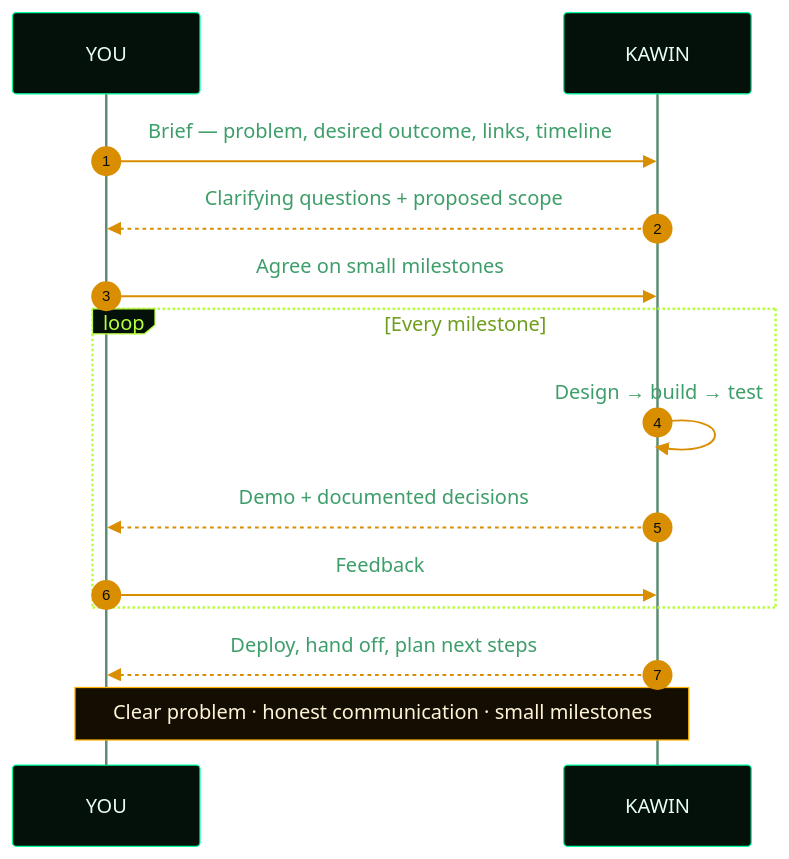
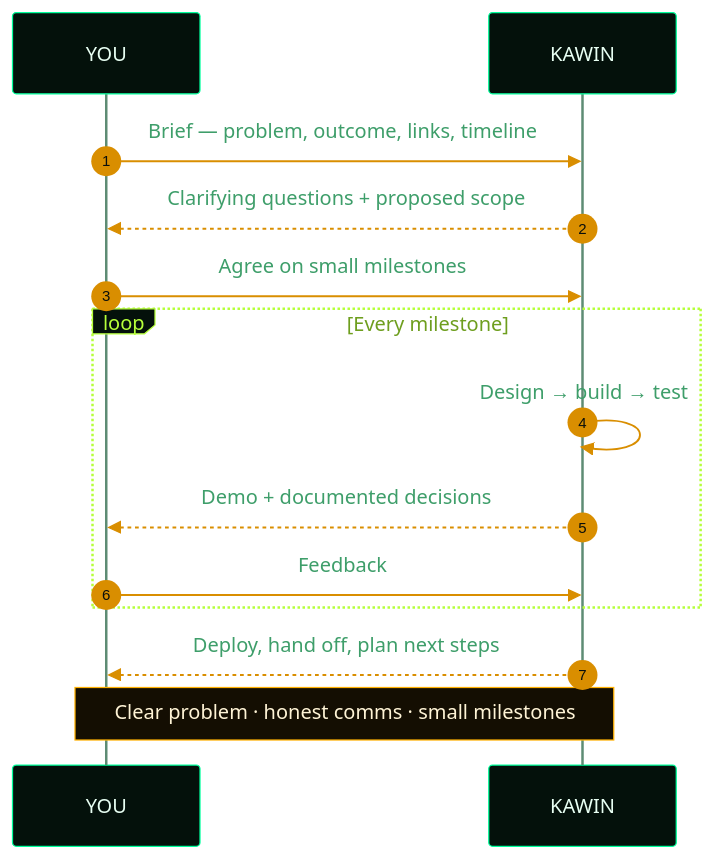
The third of 3 diagrams in README.md (kawincodes/kawincodes), drawn with Mermaid before and after one commit. The commit also changed other lines of this file, not shown here.

First line of the commit message:
Polish README: on-theme stack badges, clearer pipeline, no blue links

````diff
--- a/README.md
+++ b/README.md
@@ -516,17 +506,17 @@
 ```mermaid
-%%{init: {'theme':'base', 'themeVariables': {'fontFamily':'ui-monospace, SFMono-Regular, Menlo, Consolas, monospace', 'actorBkg':'#04110B', 'actorBorder':'#00FF9C', 'actorTextColor':'#E8FFF3', 'actorLineColor':'#5E8C74', 'signalColor':'#D98E00', 'signalTextColor':'#3E9E6A', 'labelBoxBkgColor':'#04110B', 'labelBoxBorderColor':'#B6FF3B', 'labelTextColor':'#B6FF3B', 'loopTextColor':'#6E9E1E', 'noteBkgColor':'#140E02', 'noteBorderColor':'#FFB000', 'noteTextColor':'#FFF4D6', 'activationBkgColor':'#0B1404', 'activationBorderColor':'#B6FF3B', 'sequenceNumberColor':'#0A0F0B'}}}%%
+%%{init: {'theme':'base', 'themeVariables': {'actorBkg':'#04110B', 'actorBorder':'#00FF9C', 'actorTextColor':'#E8FFF3', 'actorLineColor':'#5E8C74', 'signalColor':'#D98E00', 'signalTextColor':'#3E9E6A', 'labelBoxBkgColor':'#04110B', 'labelBoxBorderColor':'#B6FF3B', 'labelTextColor':'#B6FF3B', 'loopTextColor':'#6E9E1E', 'noteBkgColor':'#140E02', 'noteBorderColor':'#FFB000', 'noteTextColor':'#FFF4D6', 'activationBkgColor':'#0B1404', 'activationBorderColor':'#B6FF3B', 'sequenceNumberColor':'#0A0F0B'}}}%%
 sequenceDiagram
     autonumber
     participant Y as YOU
     participant K as KAWIN
-    Y->>K: Brief — problem, desired outcome, links, timeline
+    Y->>K: Brief — problem, outcome, links, timeline
     K-->>Y: Clarifying questions + proposed scope
     Y->>K: Agree on small milestones
     loop Every milestone
         K->>K: Design → build → test
         K-->>Y: Demo + documented decisions
         Y->>K: Feedback
     end
     K-->>Y: Deploy, hand off, plan next steps
-    Note over Y,K: Clear problem · honest communication · small milestones
+    Note over Y,K: Clear problem · honest comms · small milestones
 ```
````
